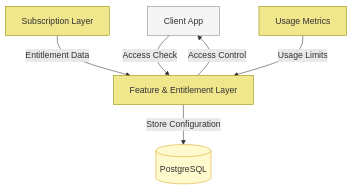
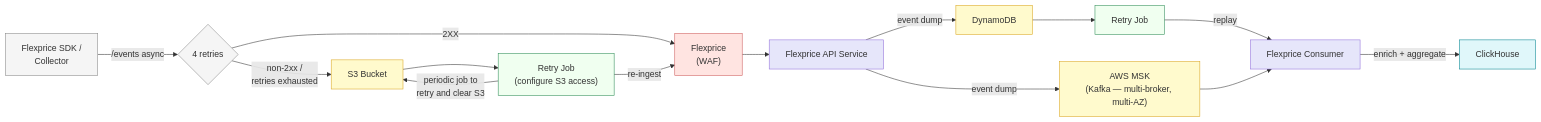
The second of 2 diagrams in docs/getting-started/architecture.mdx (flexprice/flexprice-docs), drawn with Mermaid before and after one commit. The commit also changed other lines of this file, not shown here.

First line of the commit message:
docs(architecture): rewrite as enterprise reliability & scale overview

````diff
--- a/docs/getting-started/architecture.mdx
+++ b/docs/getting-started/architecture.mdx
@@ -244,18 +137,35 @@
 ```mermaid
-graph TB
-    classDef functional fill:#f0e68c,stroke:#8b8b00
+graph LR
+    classDef client fill:#f5f5f5,stroke:#888888
+    classDef edge fill:#ffe4e1,stroke:#cd5c5c
+    classDef services fill:#e6e6fa,stroke:#9370db
     classDef infrastructure fill:#fffacd,stroke:#daa520
-    classDef external fill:#f5f5f5,stroke:#888888
+    classDef external fill:#e0f7fa,stroke:#00838f
+    classDef job fill:#f0fff0,stroke:#2e8b57
 
-    client["Client App"]:::external
-    entitlement["Feature & Entitlement Layer"]:::functional
-    subscription["Subscription Layer"]:::functional
-    metrics["Usage Metrics"]:::functional
-    postgres[(PostgreSQL)]:::infrastructure
+    sdk["Flexprice SDK /<br/>Collector"]:::client
+    retry{"4 retries"}:::client
+    waf["Flexprice<br/>(WAF)"]:::edge
+    api["Flexprice API Service"]:::services
+    s3["S3 Bucket"]:::infrastructure
+    s3job["Retry Job<br/>(configure S3 access)"]:::job
+    dynamo["DynamoDB"]:::infrastructure
+    dynjob["Retry Job"]:::job
+    msk["AWS MSK<br/>(Kafka — multi-broker, multi-AZ)"]:::infrastructure
+    consumer["Flexprice Consumer"]:::services
+    ch["ClickHouse"]:::external
 
-    client -- "Access Check" --> entitlement
-    subscription -- "Entitlement Data" --> entitlement
-    metrics -- "Usage Limits" --> entitlement
-    entitlement -- "Store Configuration" --> postgres
-    entitlement -- "Access Control" --> client
+    sdk -- "/events async" --> retry
+    retry -- "2XX" --> waf
+    waf --> api
+    retry -- "non-2xx /<br/>retries exhausted" --> s3
+    s3 --> s3job
+    s3job -- "periodic job to<br/>retry and clear S3" --> s3
+    s3job -- "re-ingest" --> waf
+    api -- "event dump" --> dynamo
+    api -- "event dump" --> msk
+    dynamo --> dynjob
+    dynjob -- "replay" --> consumer
+    msk --> consumer
+    consumer -- "enrich + aggregate" --> ch
 ```
````
